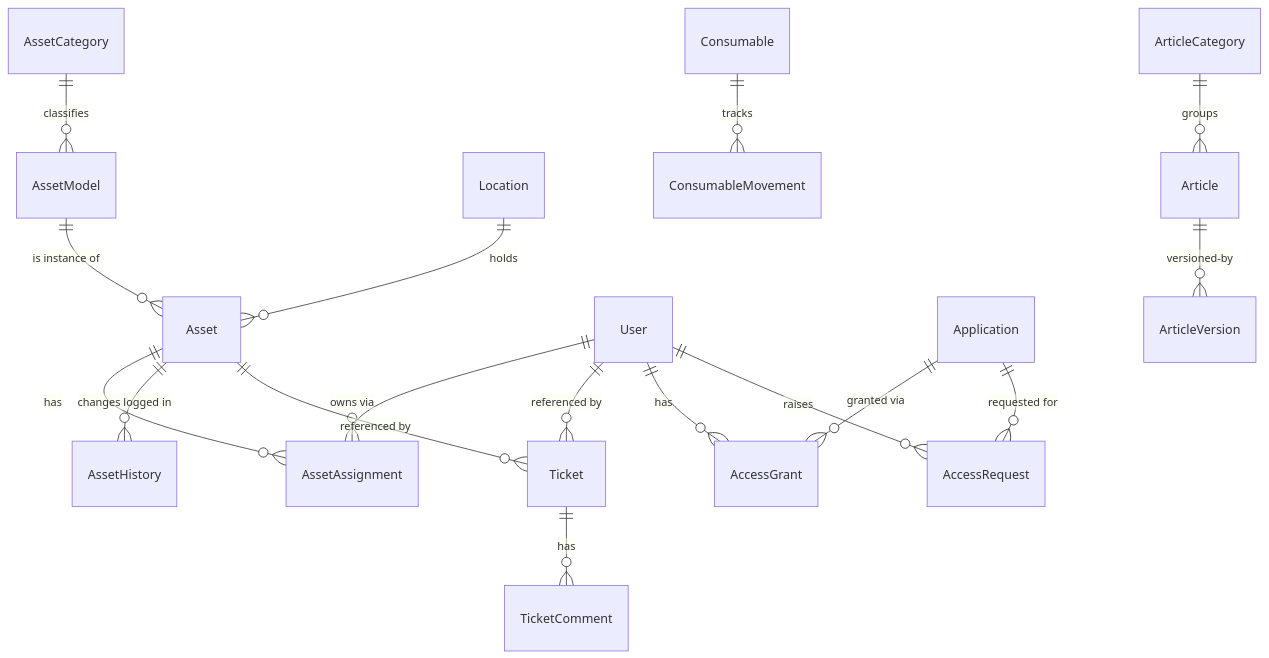
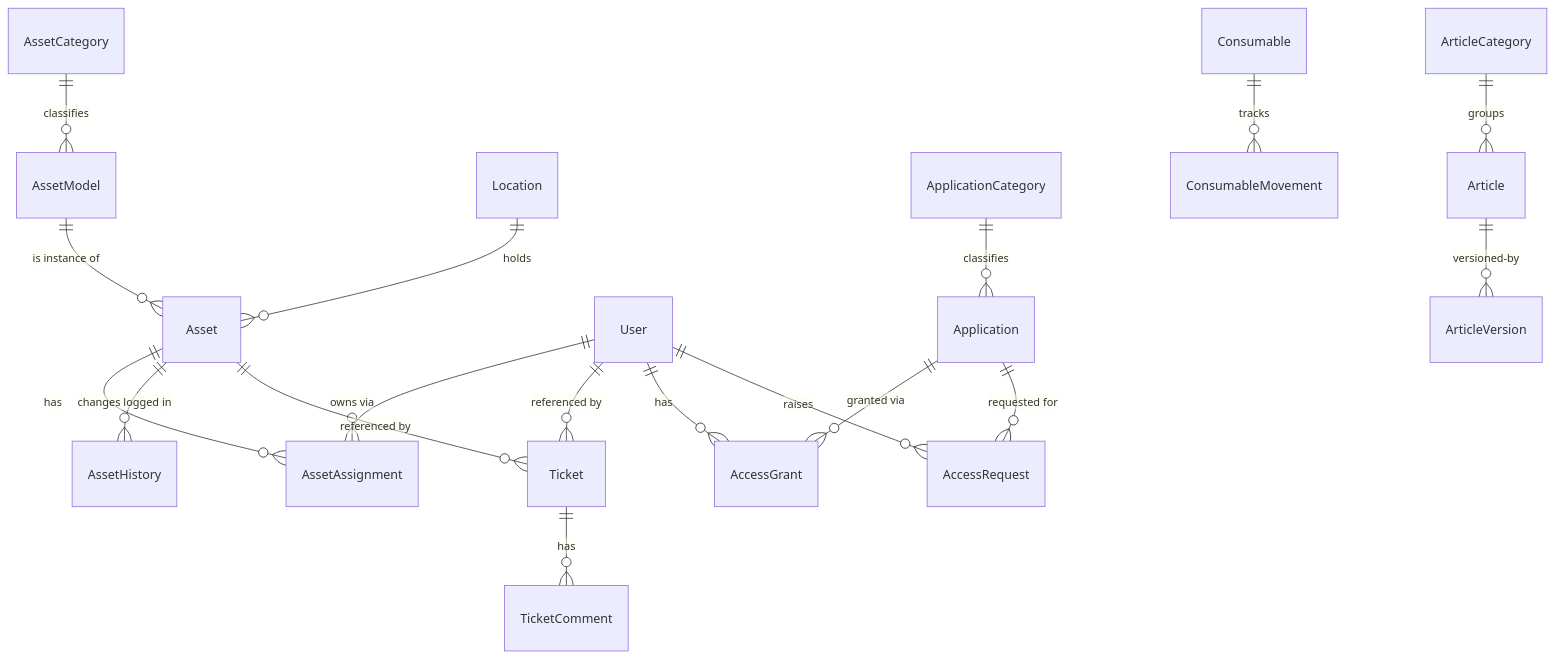
One commit to joacominatel/lazyit changed the diagram in docs/02-domain/_MOC.md. Above: the diagram before and after it, drawn with Mermaid. The commit also changed other lines of this file and 5 other files, not shown here.

Commit message:
docs: document access-management entities (Application, ApplicationCategory, AccessGrant)

````diff
--- a/docs/02-domain/_MOC.md
+++ b/docs/02-domain/_MOC.md
@@ -20,19 +20,20 @@
 ```mermaid
 erDiagram
     AssetCategory ||--o{ AssetModel : classifies
     AssetModel ||--o{ Asset : "is instance of"
     Location ||--o{ Asset : holds
     Asset ||--o{ AssetAssignment : has
     User ||--o{ AssetAssignment : "owns via"
     Asset ||--o{ AssetHistory : "changes logged in"
     Asset ||--o{ Ticket : "referenced by"
     User ||--o{ Ticket : "referenced by"
     Ticket ||--o{ TicketComment : has
+    ApplicationCategory ||--o{ Application : classifies
     Application ||--o{ AccessGrant : "granted via"
     User ||--o{ AccessGrant : has
     Application ||--o{ AccessRequest : "requested for"
     User ||--o{ AccessRequest : raises
     Consumable ||--o{ ConsumableMovement : tracks
     ArticleCategory ||--o{ Article : groups
     Article ||--o{ ArticleVersion : versioned-by
 ```
````
